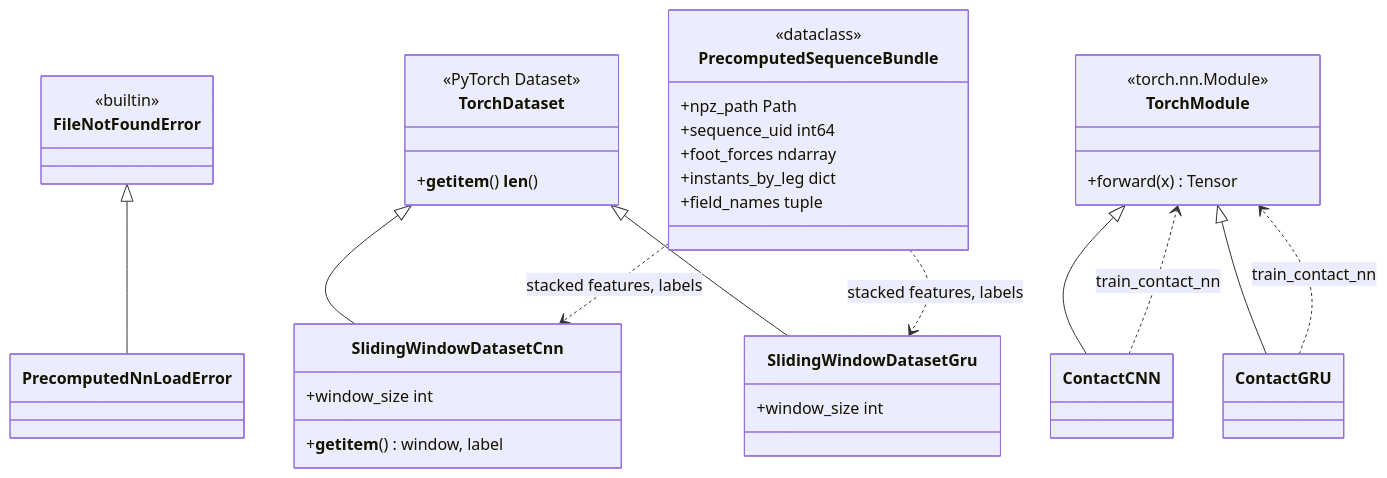
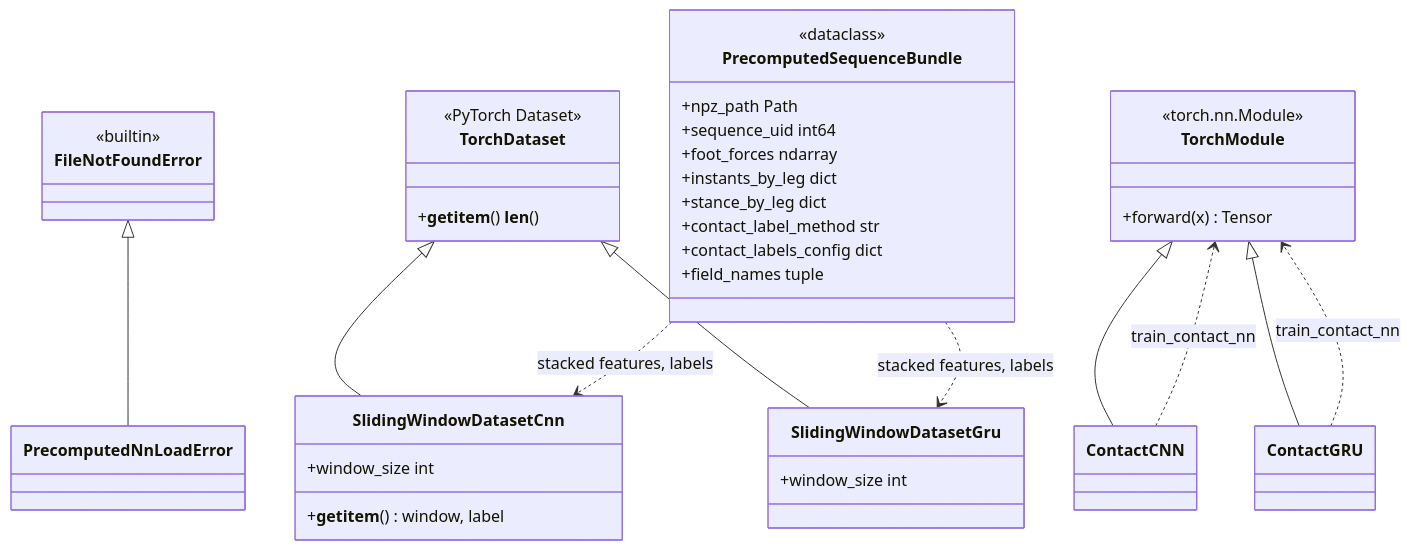
The diagram in leg_odom/training/README.md (egirgin/leg-odometry-esekf), drawn with Mermaid before and after one commit. The commit also changed other lines of this file and 30 other files, not shown here.

````diff
--- a/leg_odom/training/README.md
+++ b/leg_odom/training/README.md
@@ -16,42 +16,45 @@
 ```mermaid
 classDiagram
     direction TB
     class FileNotFoundError {
         <<builtin>>
     }
     class PrecomputedNnLoadError
     FileNotFoundError <|-- PrecomputedNnLoadError
     class PrecomputedSequenceBundle {
         <<dataclass>>
         +npz_path Path
         +sequence_uid int64
         +foot_forces ndarray
         +instants_by_leg dict
+        +stance_by_leg dict
+        +contact_label_method str
+        +contact_labels_config dict
         +field_names tuple
     }
     class TorchDataset {
         <<PyTorch Dataset>>
         +__getitem__() __len__()
     }
     class SlidingWindowDatasetCnn {
         +window_size int
         +__getitem__() window, label
     }
     class SlidingWindowDatasetGru {
         +window_size int
     }
     class TorchModule {
         <<torch.nn.Module>>
         +forward(x) Tensor
     }
     class ContactCNN
     class ContactGRU
     TorchDataset <|-- SlidingWindowDatasetCnn
     TorchDataset <|-- SlidingWindowDatasetGru
     TorchModule <|-- ContactCNN
     TorchModule <|-- ContactGRU
     PrecomputedSequenceBundle ..> SlidingWindowDatasetCnn : stacked features, labels
     PrecomputedSequenceBundle ..> SlidingWindowDatasetGru : stacked features, labels
     ContactCNN ..> TorchModule : train_contact_nn
     ContactGRU ..> TorchModule : train_contact_nn
 ```
````
